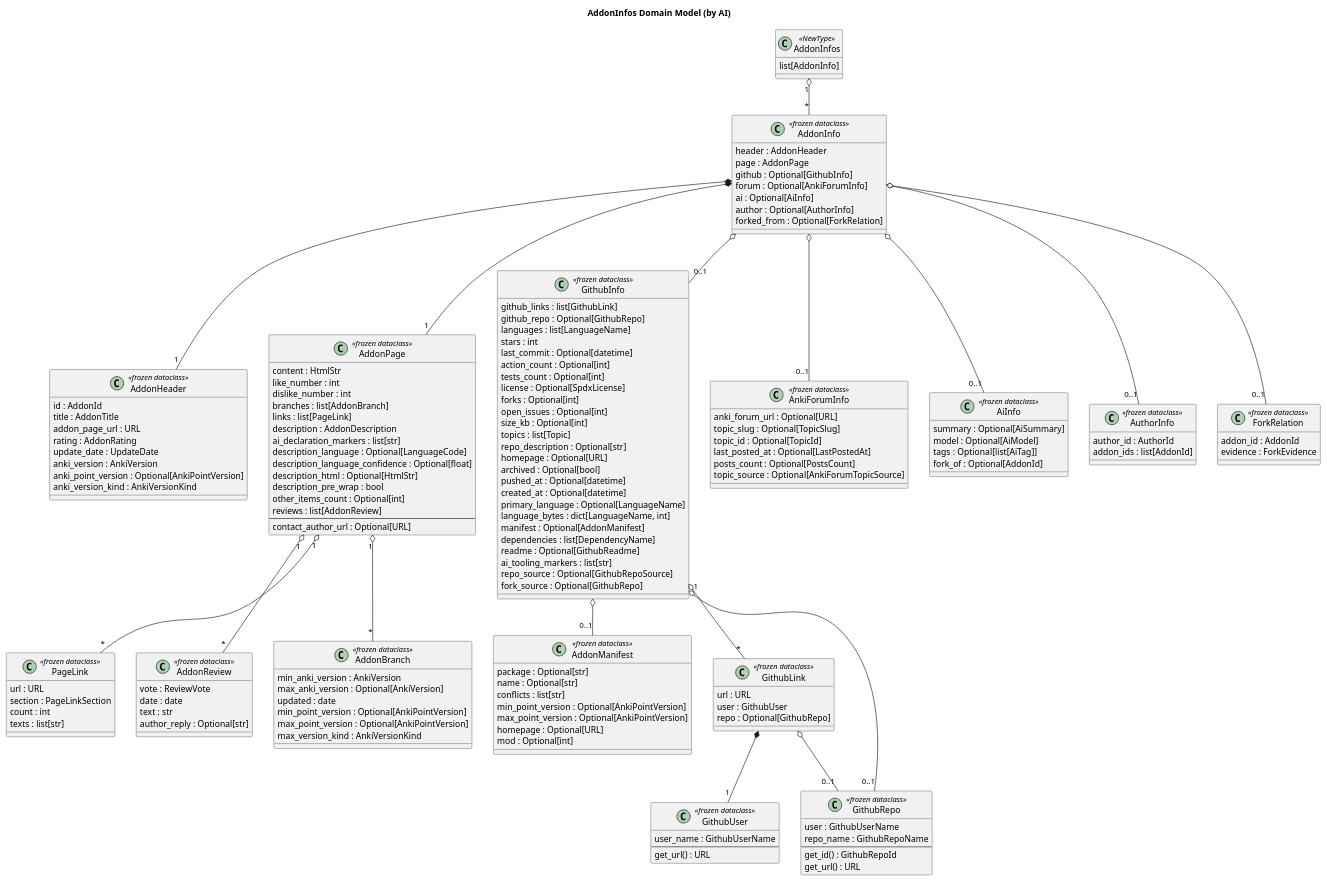
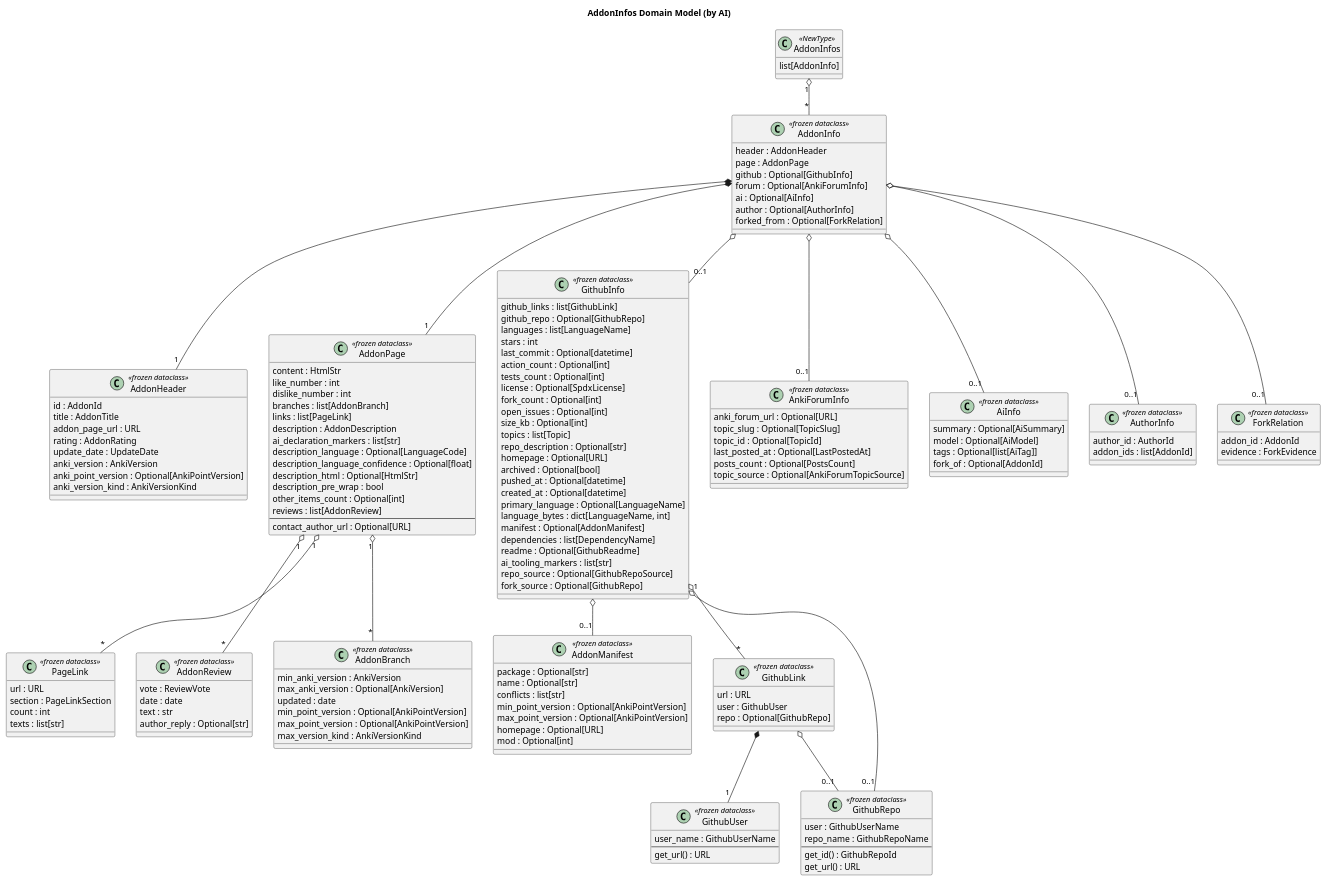
The diagram in doc/uml/ai/class-addon-infos.puml (Aleks-Ya/anki-addons-dataset), drawn with PlantUML before and after one commit. The commit also changed 12 other files, not shown here.

Commit message:
Rename GithubInfo#fork_count

```diff
--- a/doc/uml/ai/class-addon-infos.puml
+++ b/doc/uml/ai/class-addon-infos.puml
@@ -1,178 +1,178 @@
 @startuml
 
 title AddonInfos Domain Model (by AI)
 
 skinparam packageStyle rectangle
 
 class AddonInfos <<NewType>> {
   list[AddonInfo]
 }
 
 class AddonInfo <<frozen dataclass>> {
   header : AddonHeader
   page : AddonPage
   github : Optional[GithubInfo]
   forum : Optional[AnkiForumInfo]
   ai : Optional[AiInfo]
   author : Optional[AuthorInfo]
   forked_from : Optional[ForkRelation]
 }
 
 class AddonHeader <<frozen dataclass>> {
   id : AddonId
   title : AddonTitle
   addon_page_url : URL
   rating : AddonRating
   update_date : UpdateDate
   anki_version : AnkiVersion
   anki_point_version : Optional[AnkiPointVersion]
   anki_version_kind : AnkiVersionKind
 }
 
 class AddonPage <<frozen dataclass>> {
   content : HtmlStr
   like_number : int
   dislike_number : int
   branches : list[AddonBranch]
   links : list[PageLink]
   description : AddonDescription
   ai_declaration_markers : list[str]
   description_language : Optional[LanguageCode]
   description_language_confidence : Optional[float]
   description_html : Optional[HtmlStr]
   description_pre_wrap : bool
   other_items_count : Optional[int]
   reviews : list[AddonReview]
   --
   contact_author_url : Optional[URL]
 }
 
 class PageLink <<frozen dataclass>> {
   url : URL
   section : PageLinkSection
   count : int
   texts : list[str]
 }
 
 class AddonReview <<frozen dataclass>> {
   vote : ReviewVote
   date : date
   text : str
   author_reply : Optional[str]
 }
 
 class AddonBranch <<frozen dataclass>> {
   min_anki_version : AnkiVersion
   max_anki_version : Optional[AnkiVersion]
   updated : date
   min_point_version : Optional[AnkiPointVersion]
   max_point_version : Optional[AnkiPointVersion]
   max_version_kind : AnkiVersionKind
 }
 
 class GithubInfo <<frozen dataclass>> {
   github_links : list[GithubLink]
   github_repo : Optional[GithubRepo]
   languages : list[LanguageName]
   stars : int
   last_commit : Optional[datetime]
   action_count : Optional[int]
   tests_count : Optional[int]
   license : Optional[SpdxLicense]
-  forks : Optional[int]
+  fork_count : Optional[int]
   open_issues : Optional[int]
   size_kb : Optional[int]
   topics : list[Topic]
   repo_description : Optional[str]
   homepage : Optional[URL]
   archived : Optional[bool]
   pushed_at : Optional[datetime]
   created_at : Optional[datetime]
   primary_language : Optional[LanguageName]
   language_bytes : dict[LanguageName, int]
   manifest : Optional[AddonManifest]
   dependencies : list[DependencyName]
   readme : Optional[GithubReadme]
   ai_tooling_markers : list[str]
   repo_source : Optional[GithubRepoSource]
   fork_source : Optional[GithubRepo]
 }
 
 class AddonManifest <<frozen dataclass>> {
   package : Optional[str]
   name : Optional[str]
   conflicts : list[str]
   min_point_version : Optional[AnkiPointVersion]
   max_point_version : Optional[AnkiPointVersion]
   homepage : Optional[URL]
   mod : Optional[int]
 }
 
 class GithubLink <<frozen dataclass>> {
   url : URL
   user : GithubUser
   repo : Optional[GithubRepo]
 }
 
 class GithubUser <<frozen dataclass>> {
   user_name : GithubUserName
   --
   get_url() : URL
 }
 
 class GithubRepo <<frozen dataclass>> {
   user : GithubUserName
   repo_name : GithubRepoName
   --
   get_id() : GithubRepoId
   get_url() : URL
 }
 
 class AnkiForumInfo <<frozen dataclass>> {
   anki_forum_url : Optional[URL]
   topic_slug : Optional[TopicSlug]
   topic_id : Optional[TopicId]
   last_posted_at : Optional[LastPostedAt]
   posts_count : Optional[PostsCount]
   topic_source : Optional[AnkiForumTopicSource]
 }
 
 class AiInfo <<frozen dataclass>> {
   summary : Optional[AiSummary]
   model : Optional[AiModel]
   tags : Optional[list[AiTag]]
   fork_of : Optional[AddonId]
 }
 
 class AuthorInfo <<frozen dataclass>> {
   author_id : AuthorId
   addon_ids : list[AddonId]
 }
 
 class ForkRelation <<frozen dataclass>> {
   addon_id : AddonId
   evidence : ForkEvidence
 }
 
 AddonInfos "1" o-- "*" AddonInfo
 
 AddonInfo *-- "1" AddonHeader
 AddonInfo *-- "1" AddonPage
 AddonInfo o-- "0..1" GithubInfo
 AddonInfo o-- "0..1" AnkiForumInfo
 AddonInfo o-- "0..1" AiInfo
 AddonInfo o-- "0..1" AuthorInfo
 AddonInfo o-- "0..1" ForkRelation
 
 AddonPage "1" o-- "*" AddonBranch
 AddonPage "1" o-- "*" PageLink
 AddonPage "1" o-- "*" AddonReview
 
 GithubInfo "1" o-- "*" GithubLink
 GithubInfo o-- "0..1" GithubRepo
 GithubInfo o-- "0..1" AddonManifest
 
 GithubLink *-- "1" GithubUser
 GithubLink o-- "0..1" GithubRepo
 
 @enduml
```
